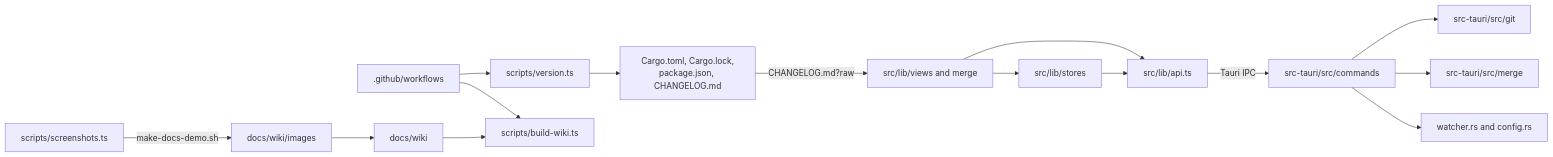
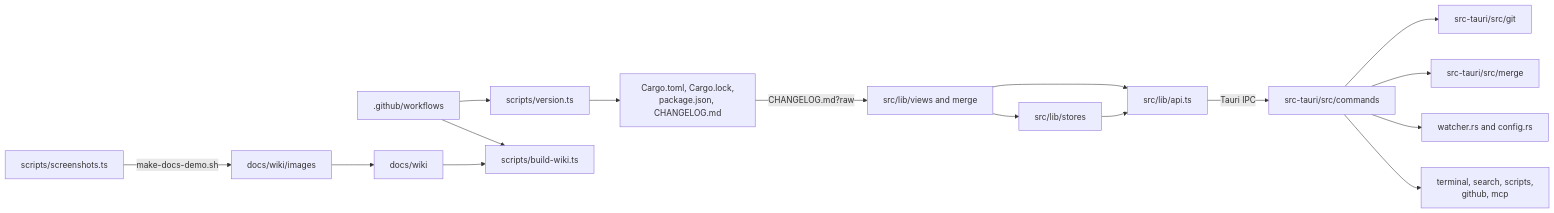
One commit to shibbirweb/git-manager changed the diagram in docs/wiki/developer/Project-Layout.md. Above: the diagram before and after it, drawn with Mermaid. The commit also changed other lines of this file and 110 other files, not shown here.

````diff
--- a/docs/wiki/developer/Project-Layout.md
+++ b/docs/wiki/developer/Project-Layout.md
@@ -146,17 +188,18 @@
 ```mermaid
 flowchart LR
   Views["src/lib/views and merge"] --> Stores["src/lib/stores"]
   Stores --> Api["src/lib/api.ts"]
   Views --> Api
   Api -->|"Tauri IPC"| Cmds["src-tauri/src/commands"]
   Cmds --> GitMod["src-tauri/src/git"]
   Cmds --> Merge["src-tauri/src/merge"]
   Cmds --> Watch["watcher.rs and config.rs"]
+  Cmds --> Services["terminal, search, scripts,<br/>github, mcp"]
   Scripts["scripts/version.ts"] --> Versions["Cargo.toml, Cargo.lock,<br/>package.json, CHANGELOG.md"]
   Wiki["docs/wiki"] --> Build["scripts/build-wiki.ts"]
   Flows[".github/workflows"] --> Scripts
   Flows --> Build
   Shots["scripts/screenshots.ts"] -->|"make-docs-demo.sh"| Images["docs/wiki/images"]
   Images --> Wiki
   Versions -->|"CHANGELOG.md?raw"| Views
 ```
````
